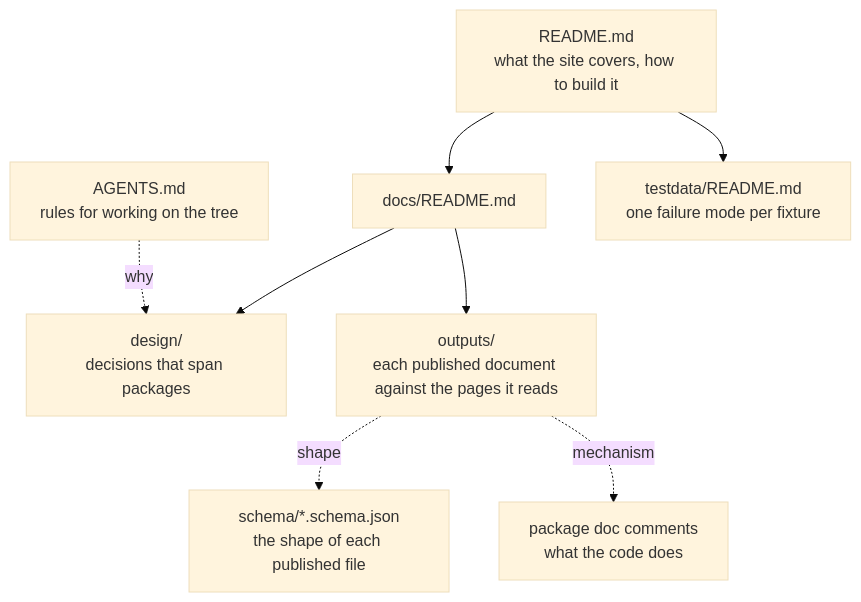
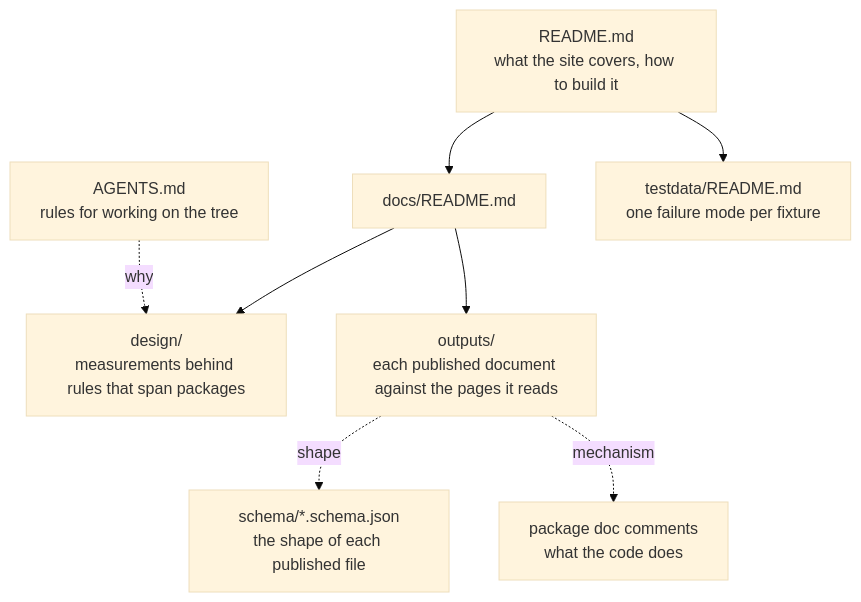
The diagram in docs/README.md (jcrussell/livermore-budget), drawn with Mermaid (base theme) before and after one commit. The commit also changed other lines of this file and 14 other files, not shown here.

````diff
--- a/docs/README.md
+++ b/docs/README.md
@@ -9,19 +9,19 @@
 ```mermaid
 flowchart TD
   readme["README.md<br/>what the site covers, how to build it"]
   agents["AGENTS.md<br/>rules for working on the tree"]
   index["docs/README.md"]
-  design["design/<br/>decisions that span packages"]
+  design["design/<br/>measurements behind rules that span packages"]
   outputs["outputs/<br/>each published document against the pages it reads"]
   godoc["package doc comments<br/>what the code does"]
   schema["schema/*.schema.json<br/>the shape of each published file"]
   fixtures["testdata/README.md<br/>one failure mode per fixture"]
 
   readme --> index
   index --> design
   index --> outputs
   outputs -. shape .-> schema
   outputs -. mechanism .-> godoc
   agents -. why .-> design
   readme --> fixtures
 ```
````
